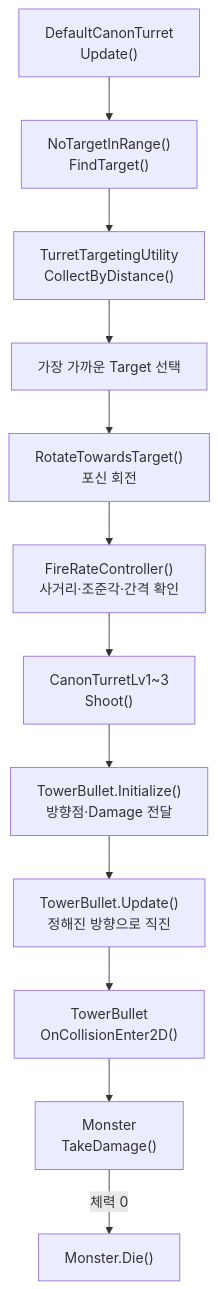
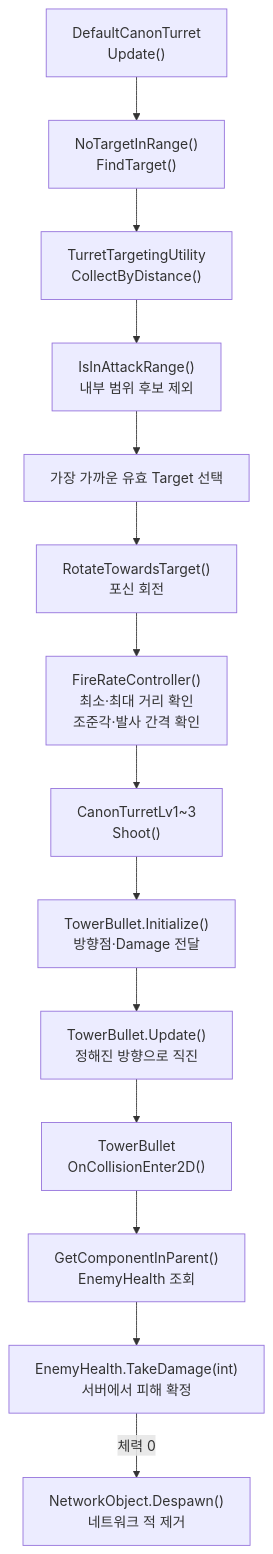
Before and after one commit to Team-HJD-21/unity-6-the-developer: the eighth of 15 diagrams in Docs/architecture/turret-system-guide.md, drawn with Mermaid. The commit also changed other lines of this file and 241 other files, not shown here.

````diff
--- a/Docs/architecture/turret-system-guide.md
+++ b/Docs/architecture/turret-system-guide.md
@@ -282,14 +380,16 @@
 ```mermaid
 flowchart TD
     Update["DefaultCanonTurret<br>Update()"] --> Search["NoTargetInRange()<br>FindTarget()"]
     Search --> Collect["TurretTargetingUtility<br>CollectByDistance()"]
-    Collect --> Target["가장 가까운 Target 선택"]
+    Collect --> RangeCheck["IsInAttackRange()<br>내부 범위 후보 제외"]
+    RangeCheck --> Target["가장 가까운 유효 Target 선택"]
     Target --> Rotate["RotateTowardsTarget()<br>포신 회전"]
-    Rotate --> Fire["FireRateController()<br>사거리·조준각·간격 확인"]
+    Rotate --> Fire["FireRateController()<br>최소·최대 거리 확인<br>조준각·발사 간격 확인"]
     Fire --> Shoot["CanonTurretLv1~3<br>Shoot()"]
     Shoot --> Init["TowerBullet.Initialize()<br>방향점·Damage 전달"]
     Init --> Move["TowerBullet.Update()<br>정해진 방향으로 직진"]
     Move --> Collision["TowerBullet<br>OnCollisionEnter2D()"]
-    Collision --> Damage["Monster<br>TakeDamage()"]
-    Damage -->|체력 0| Die["Monster.Die()"]
+    Collision --> Health["GetComponentInParent()<br>EnemyHealth 조회"]
+    Health --> Damage["EnemyHealth.TakeDamage(int)<br>서버에서 피해 확정"]
+    Damage -->|체력 0| Die["NetworkObject.Despawn()<br>네트워크 적 제거"]
 ```
````
